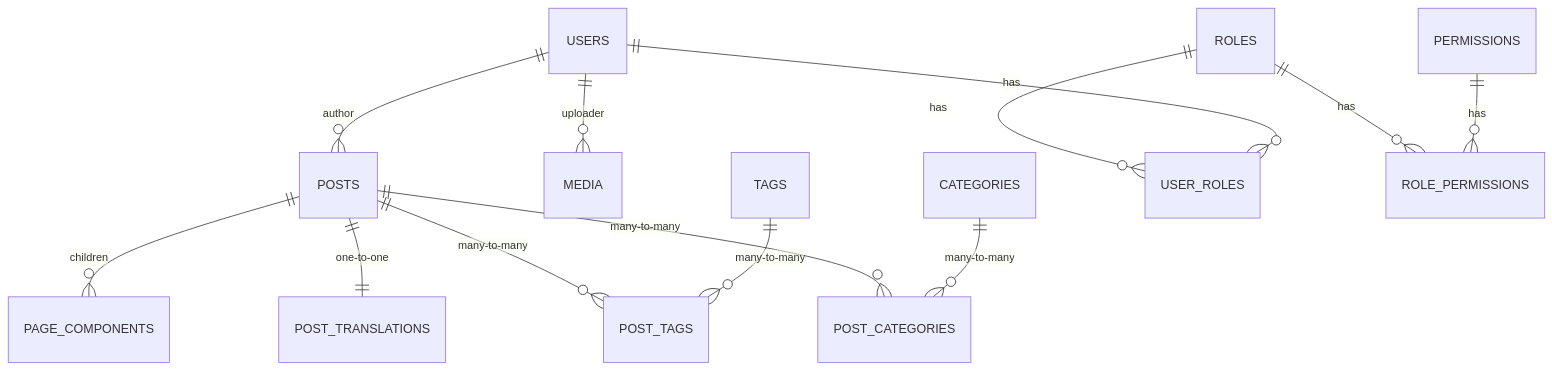
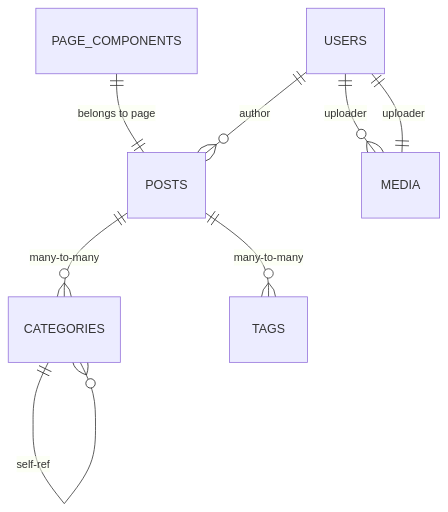
One commit to wyg5208/website_diy changed the sixth of 6 diagrams in .qoder/repowiki/zh/content/数据库设计.md. Above: the diagram before and after it, drawn with Mermaid. The commit also changed other lines of this file and 43 other files, not shown here.

````diff
--- a/.qoder/repowiki/zh/content/数据库设计.md
+++ b/.qoder/repowiki/zh/content/数据库设计.md
@@ -420,15 +405,10 @@
 ```mermaid
 erDiagram
 USERS ||--o{ POSTS : "author"
 USERS ||--o{ MEDIA : "uploader"
-POSTS ||--o{ POST_CATEGORIES : "many-to-many"
-CATEGORIES ||--o{ POST_CATEGORIES : "many-to-many"
-POSTS ||--o{ POST_TAGS : "many-to-many"
-TAGS ||--o{ POST_TAGS : "many-to-many"
-POSTS ||--|| POST_TRANSLATIONS : "one-to-one"
-POSTS ||--o{ PAGE_COMPONENTS : "children"
-ROLES ||--o{ USER_ROLES : "has"
-USERS ||--o{ USER_ROLES : "has"
-ROLES ||--o{ ROLE_PERMISSIONS : "has"
-PERMISSIONS ||--o{ ROLE_PERMISSIONS : "has"
+POSTS ||--o{ CATEGORIES : "many-to-many"
+CATEGORIES ||--o{ CATEGORIES : "self-ref"
+POSTS ||--o{ TAGS : "many-to-many"
+MEDIA ||--|| USERS : "uploader"
+PAGE_COMPONENTS ||--|| POSTS : "belongs to page"
 ```
````
